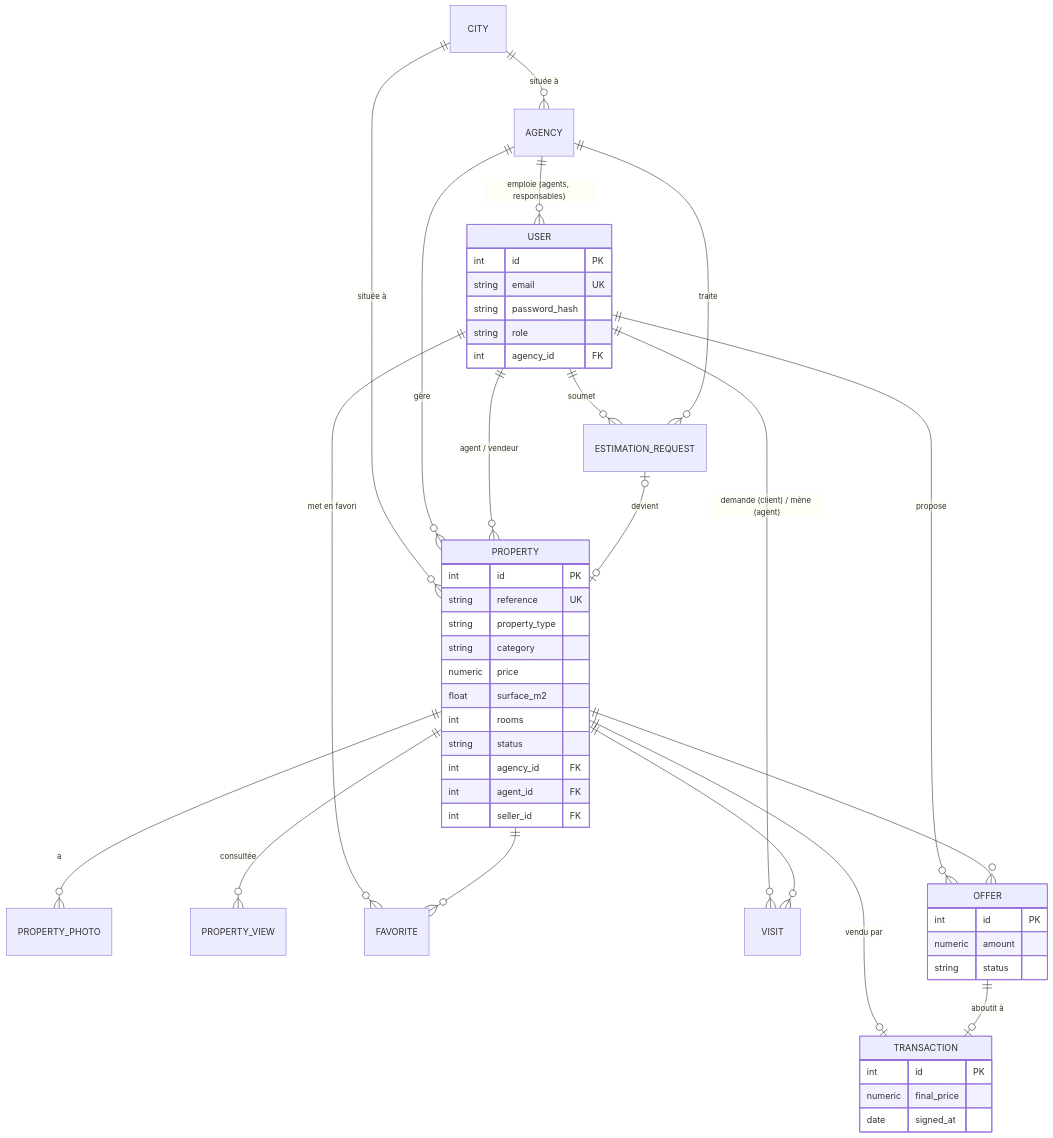
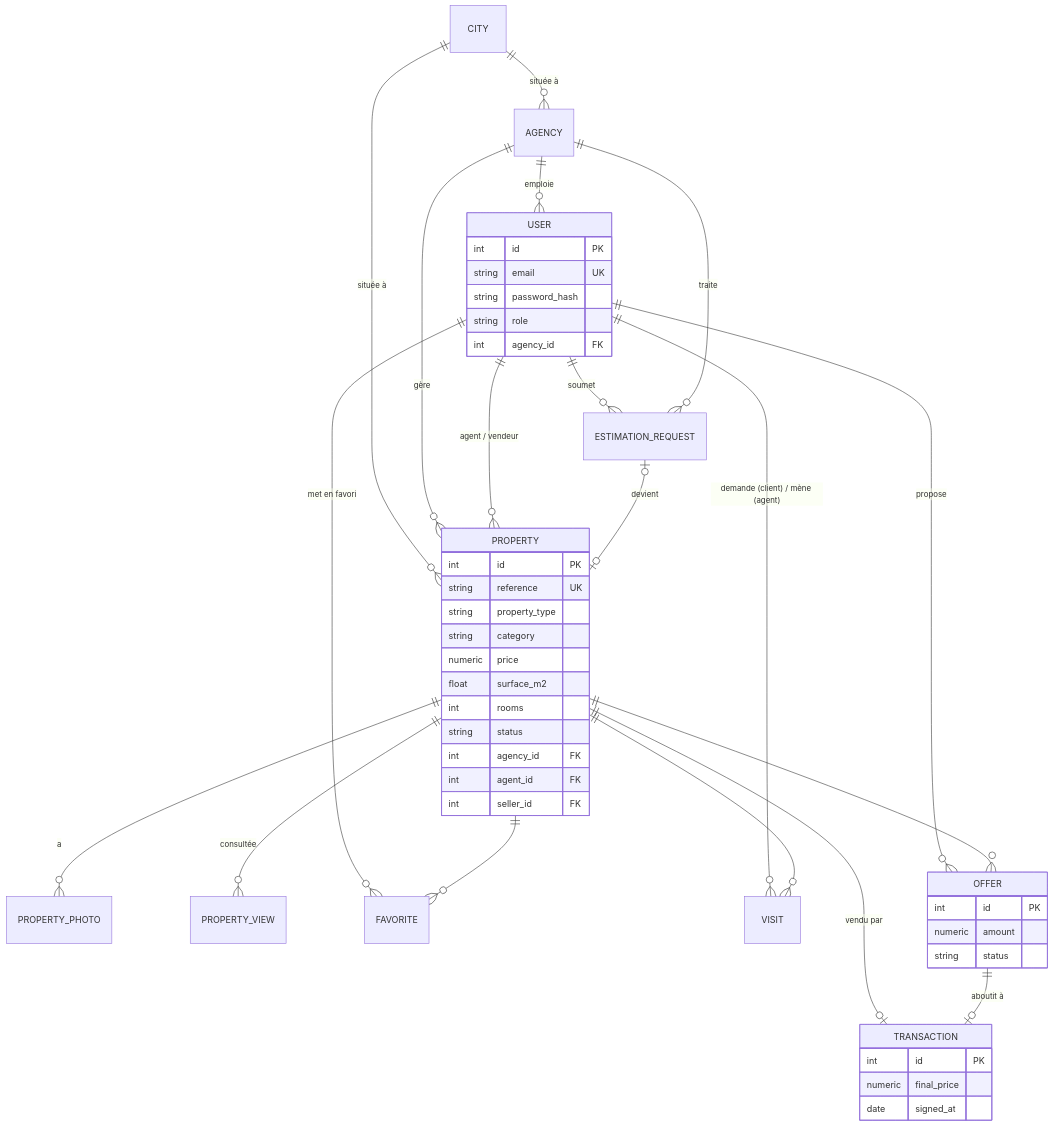
One commit to tahirylebg/ymmo changed the second of 4 diagrams in docs/dev/documentation-technique.md. Above: the diagram before and after it, drawn with Mermaid. The commit also changed other lines of this file, not shown here.

Commit message:
docs(dev): fix mermaid diagrams in technical documentation
Replace semicolons that broke the auth sequence diagram and shorten
an ER relationship label.

````diff
--- a/docs/dev/documentation-technique.md
+++ b/docs/dev/documentation-technique.md
@@ -90,52 +90,52 @@
 ```mermaid
 erDiagram
     CITY ||--o{ AGENCY : "située à"
     CITY ||--o{ PROPERTY : "située à"
-    AGENCY ||--o{ USER : "emploie (agents, responsables)"
+    AGENCY ||--o{ USER : "emploie"
     AGENCY ||--o{ PROPERTY : "gère"
     USER ||--o{ PROPERTY : "agent / vendeur"
     PROPERTY ||--o{ PROPERTY_PHOTO : "a"
     PROPERTY ||--o{ PROPERTY_VIEW : "consultée"
     USER ||--o{ FAVORITE : "met en favori"
     PROPERTY ||--o{ FAVORITE : ""
     USER ||--o{ VISIT : "demande (client) / mène (agent)"
     PROPERTY ||--o{ VISIT : ""
     USER ||--o{ OFFER : "propose"
     PROPERTY ||--o{ OFFER : ""
     PROPERTY ||--o| TRANSACTION : "vendu par"
     OFFER ||--o| TRANSACTION : "aboutit à"
     USER ||--o{ ESTIMATION_REQUEST : "soumet"
     AGENCY ||--o{ ESTIMATION_REQUEST : "traite"
     ESTIMATION_REQUEST |o--o| PROPERTY : "devient"
 
     PROPERTY {
         int id PK
         string reference UK
         string property_type
         string category
         numeric price
         float surface_m2
         int rooms
         string status
         int agency_id FK
         int agent_id FK
         int seller_id FK
     }
     USER {
         int id PK
         string email UK
         string password_hash
         string role
         int agency_id FK
     }
     OFFER {
         int id PK
         numeric amount
         string status
     }
     TRANSACTION {
         int id PK
         numeric final_price
         date signed_at
     }
 ```
````
